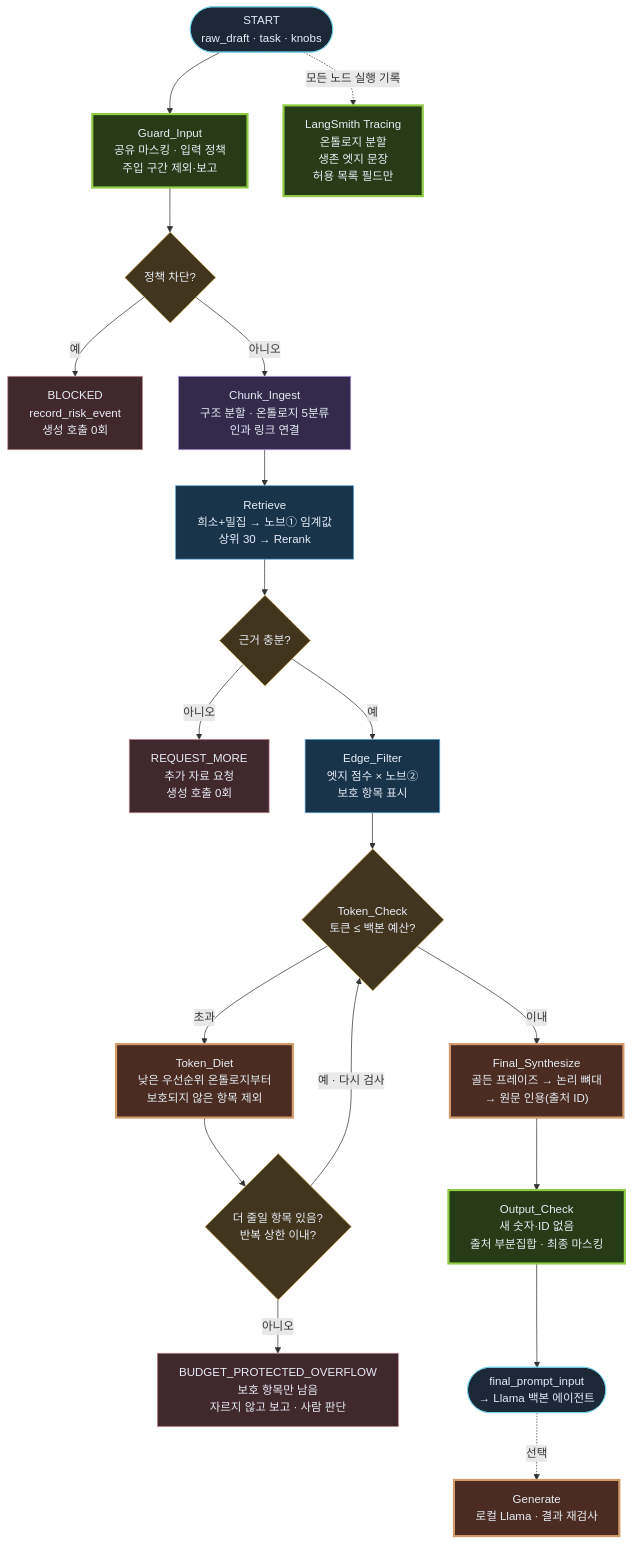
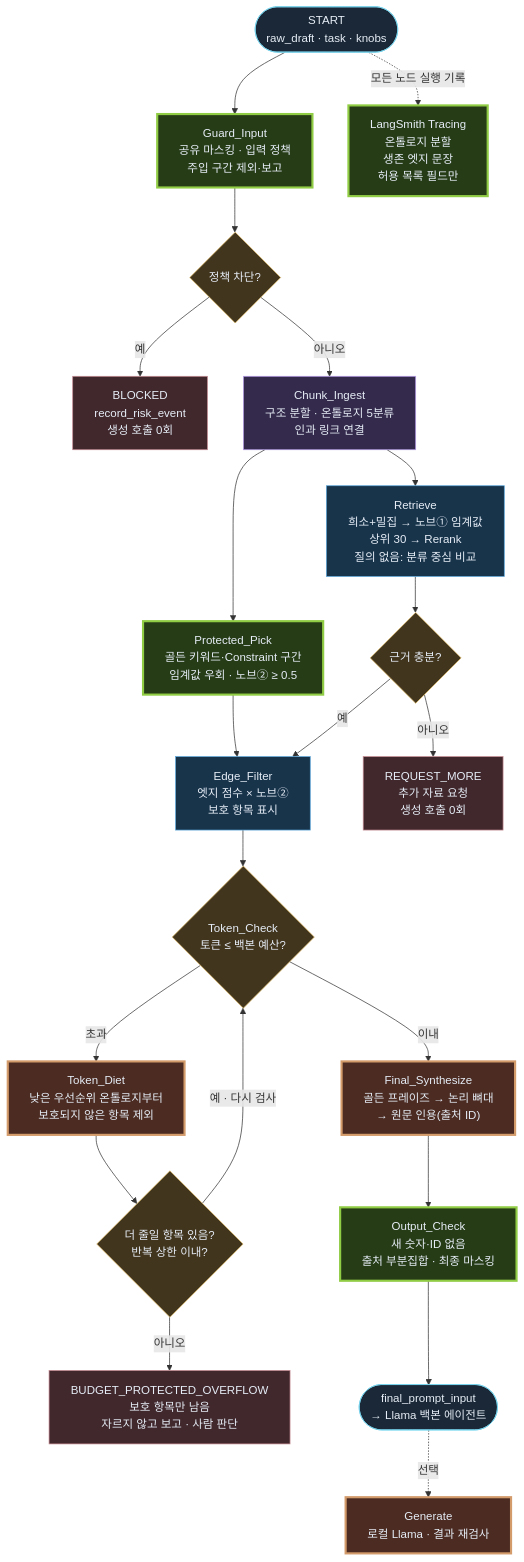
Before and after one commit to ai-agent-orchestrator/langchain-rag-research-agent: the diagram in docs/diagrams/02-langgraph-flow.mmd, drawn with Mermaid. The commit also changed 19 other files, not shown here.

First line of the commit message:
docs: add dark-mode Equalizer study guide PDF and refreshed diagrams

```diff
--- a/docs/diagrams/02-langgraph-flow.mmd
+++ b/docs/diagrams/02-langgraph-flow.mmd
@@ -1,36 +1,39 @@
 flowchart TB
   S(["START<br/>raw_draft · task · knobs"]) --> GI["Guard_Input<br/>공유 마스킹 · 입력 정책<br/>주입 구간 제외·보고"]
   S -.->|"모든 노드 실행 기록"| LS["LangSmith Tracing<br/>온톨로지 분할<br/>생존 엣지 문장<br/>허용 목록 필드만"]
   GI --> GB{"정책 차단?"}
   GB -->|"예"| B1["BLOCKED<br/>record_risk_event<br/>생성 호출 0회"]
   GB -->|"아니오"| CI["Chunk_Ingest<br/>구조 분할 · 온톨로지 5분류<br/>인과 링크 연결"]
-  CI --> RT["Retrieve<br/>희소+밀집 → 노브① 임계값<br/>상위 30 → Rerank"]
+  CI --> PP["Protected_Pick<br/>골든 키워드·Constraint 구간<br/>임계값 우회 · 노브② ≥ 0.5"]
+  PP --> EF
+  CI --> RT["Retrieve<br/>희소+밀집 → 노브① 임계값<br/>상위 30 → Rerank<br/>질의 없음: 분류 중심 비교"]
   RT --> RG{"근거 충분?"}
   RG -->|"아니오"| B2["REQUEST_MORE<br/>추가 자료 요청<br/>생성 호출 0회"]
   RG -->|"예"| EF["Edge_Filter<br/>엣지 점수 × 노브②<br/>보호 항목 표시"]
   EF --> TC{"Token_Check<br/>토큰 ≤ 백본 예산?"}
   TC -->|"이내"| FS["Final_Synthesize<br/>골든 프레이즈 → 논리 뼈대<br/>→ 원문 인용(출처 ID)"]
   TC -->|"초과"| TD["Token_Diet<br/>낮은 우선순위 온톨로지부터<br/>보호되지 않은 항목 제외"]
   TD --> DC{"더 줄일 항목 있음?<br/>반복 상한 이내?"}
   DC -->|"예 · 다시 검사"| TC
   DC -->|"아니오"| B3["BUDGET_PROTECTED_OVERFLOW<br/>보호 항목만 남음<br/>자르지 않고 보고 · 사람 판단"]
   FS --> OC["Output_Check<br/>새 숫자·ID 없음<br/>출처 부분집합 · 최종 마스킹"]
   OC --> F(["final_prompt_input<br/>→ Llama 백본 에이전트"])
   F -.->|"선택"| GEN["Generate<br/>로컬 Llama · 결과 재검사"]
   classDef strategy fill:#173b3e,stroke:#66cfc8,color:#e6edf6;
   classDef architecture fill:#342a4c,stroke:#b39ae5,color:#e6edf6;
   classDef engineering fill:#18344b,stroke:#5ba7db,color:#e6edf6;
   classDef python fill:#26313d,stroke:#a1afbf,color:#e6edf6;
   classDef java fill:#1f3320,stroke:#8fcf86,color:#e6edf6;
   classDef guard fill:#263c17,stroke:#91cc45,stroke-width:3px,color:#e6edf6;
   classDef worker fill:#4b2b22,stroke:#d39a6a,stroke-width:3px,color:#e6edf6;
   classDef control fill:#42351e,stroke:#ddb965,color:#e6edf6;
   classDef result fill:#1a2837,stroke:#78d5ef,color:#e6edf6;
   classDef stop fill:#40282d,stroke:#c58b92,color:#e6edf6;
   class S,F result;
   class GI,OC,LS guard;
   class CI architecture;
   class RT,EF engineering;
   class TD,FS,GEN worker;
   class GB,RG,TC,DC control;
+  class PP guard;
   class B1,B2,B3 stop;
```
